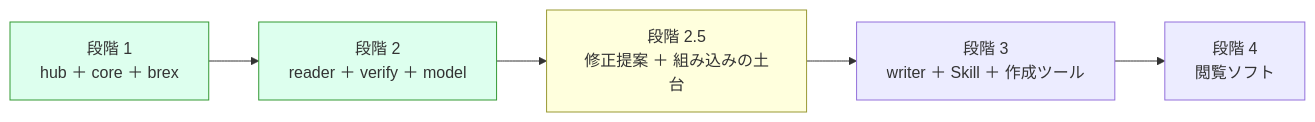
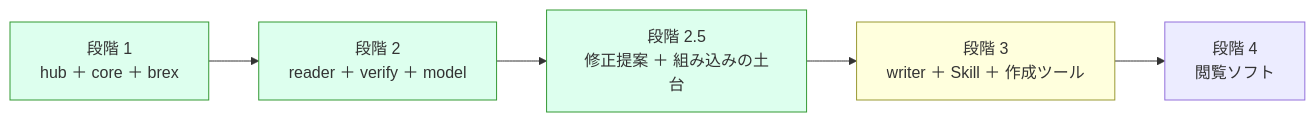
One commit to shuji-bonji/s1000d-stack changed the diagram in docs/notes/handoff.md. Above: the diagram before and after it, drawn with Mermaid. The commit also changed other lines of this file and 3 other files, not shown here.

````diff
--- a/docs/notes/handoff.md
+++ b/docs/notes/handoff.md
@@ -14,10 +14,11 @@
 ```mermaid
 flowchart LR
   S1["段階 1<br/>hub ＋ core ＋ brex"] --> S2["段階 2<br/>reader ＋ verify ＋ model"]
   S2 --> S25["段階 2.5<br/>修正提案 ＋ 組み込みの土台"]
   S25 --> S3["段階 3<br/>writer ＋ Skill ＋ 作成ツール"]
   S3 --> S4["段階 4<br/>閲覧ソフト"]
   style S1 fill:#dfe,stroke:#393
   style S2 fill:#dfe,stroke:#393
-  style S25 fill:#ffd,stroke:#993
+  style S25 fill:#dfe,stroke:#393
+  style S3 fill:#ffd,stroke:#993
 ```
````
